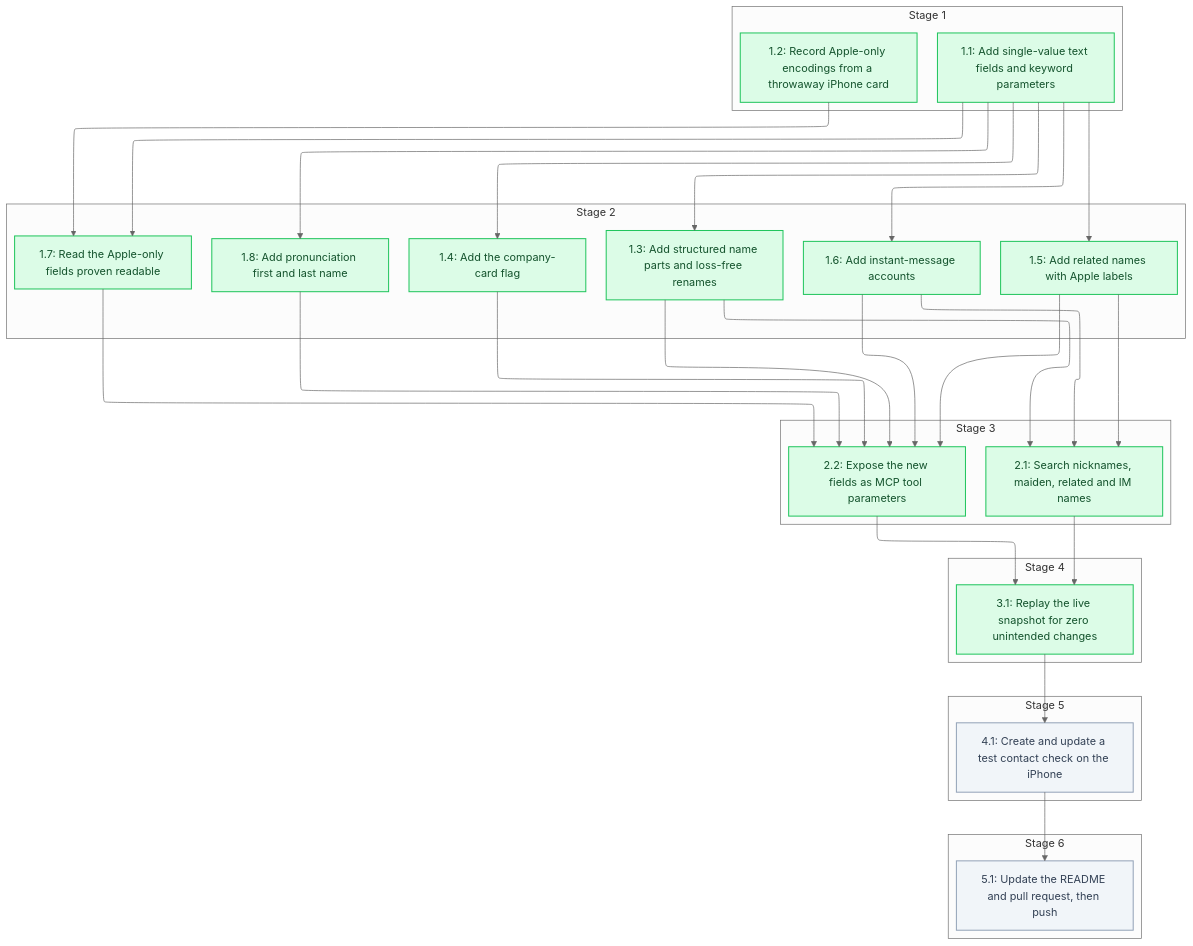
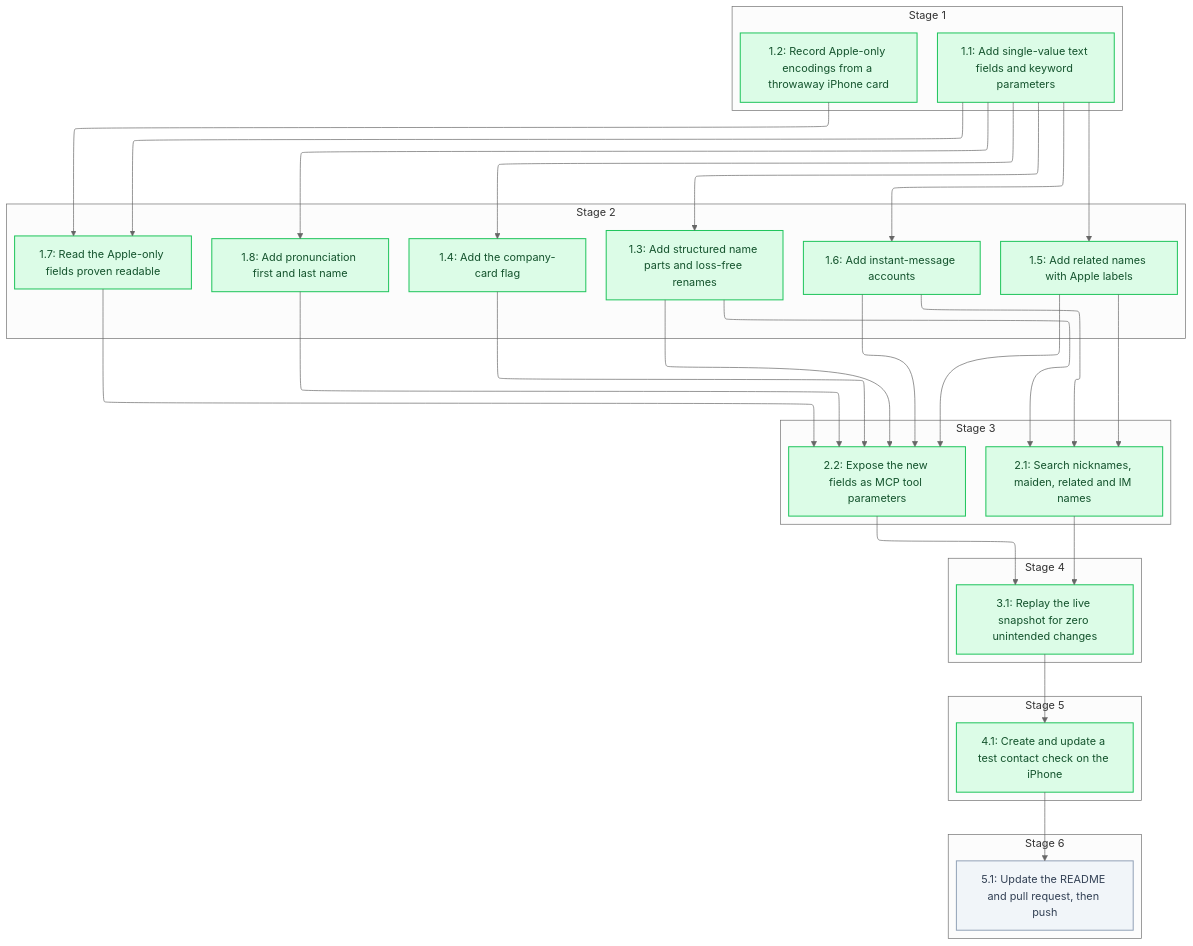
The diagram in .specs/contact-fields-completion/04_tasks.md (sohampatwardhan/icloud-mcp), drawn with Mermaid (neutral theme) before and after one commit. The commit also changed other lines of this file and 5 other files, not shown here.

````diff
--- a/.specs/contact-fields-completion/04_tasks.md
+++ b/.specs/contact-fields-completion/04_tasks.md
@@ -9,64 +9,64 @@
 ```mermaid
 %%{init: {'flowchart': {'defaultRenderer': 'elk'}}}%%
 flowchart TD
   classDef done fill:#dcfce7,stroke:#22c55e,stroke-width:1.5px,color:#14532d
   classDef pending fill:#f1f5f9,stroke:#94a3b8,stroke-width:1.5px,color:#334155
   subgraph n_stage_1["Stage 1"]
     n_1_1@{ shape: rect, label: "1.1: Add single-value text fields and keyword parameters" }
     n_1_2@{ shape: rect, label: "1.2: Record Apple-only encodings from a throwaway iPhone card" }
   end
   subgraph n_stage_2["Stage 2"]
     n_1_3@{ shape: rect, label: "1.3: Add structured name parts and loss-free renames" }
     n_1_4@{ shape: rect, label: "1.4: Add the company-card flag" }
     n_1_5@{ shape: rect, label: "1.5: Add related names with Apple labels" }
     n_1_6@{ shape: rect, label: "1.6: Add instant-message accounts" }
     n_1_7@{ shape: rect, label: "1.7: Read the Apple-only fields proven readable" }
     n_1_8@{ shape: rect, label: "1.8: Add pronunciation first and last name" }
   end
   subgraph n_stage_3["Stage 3"]
     n_2_1@{ shape: rect, label: "2.1: Search nicknames, maiden, related and IM names" }
     n_2_2@{ shape: rect, label: "2.2: Expose the new fields as MCP tool parameters" }
   end
   subgraph n_stage_4["Stage 4"]
     n_3_1@{ shape: rect, label: "3.1: Replay the live snapshot for zero unintended changes" }
   end
   subgraph n_stage_5["Stage 5"]
     n_4_1@{ shape: rect, label: "4.1: Create and update a test contact check on the iPhone" }
   end
   subgraph n_stage_6["Stage 6"]
     n_5_1@{ shape: rect, label: "5.1: Update the README and pull request, then push" }
   end
   n_1_1 --> n_1_3
   n_1_1 --> n_1_4
   n_1_1 --> n_1_5
   n_1_1 --> n_1_6
   n_1_1 --> n_1_7
   n_1_2 --> n_1_7
   n_1_1 --> n_1_8
   n_1_3 --> n_2_1
   n_1_5 --> n_2_1
   n_1_6 --> n_2_1
   n_1_3 --> n_2_2
   n_1_4 --> n_2_2
   n_1_5 --> n_2_2
   n_1_6 --> n_2_2
   n_1_7 --> n_2_2
   n_1_8 --> n_2_2
   n_2_1 --> n_3_1
   n_2_2 --> n_3_1
   n_3_1 --> n_4_1
   n_4_1 --> n_5_1
   class n_1_1 done
   class n_1_2 done
   class n_1_3 done
   class n_1_4 done
   class n_1_5 done
   class n_1_6 done
   class n_1_7 done
   class n_1_8 done
   class n_2_1 done
   class n_2_2 done
   class n_3_1 done
-  class n_4_1 pending
+  class n_4_1 done
   class n_5_1 pending
 ```
````
